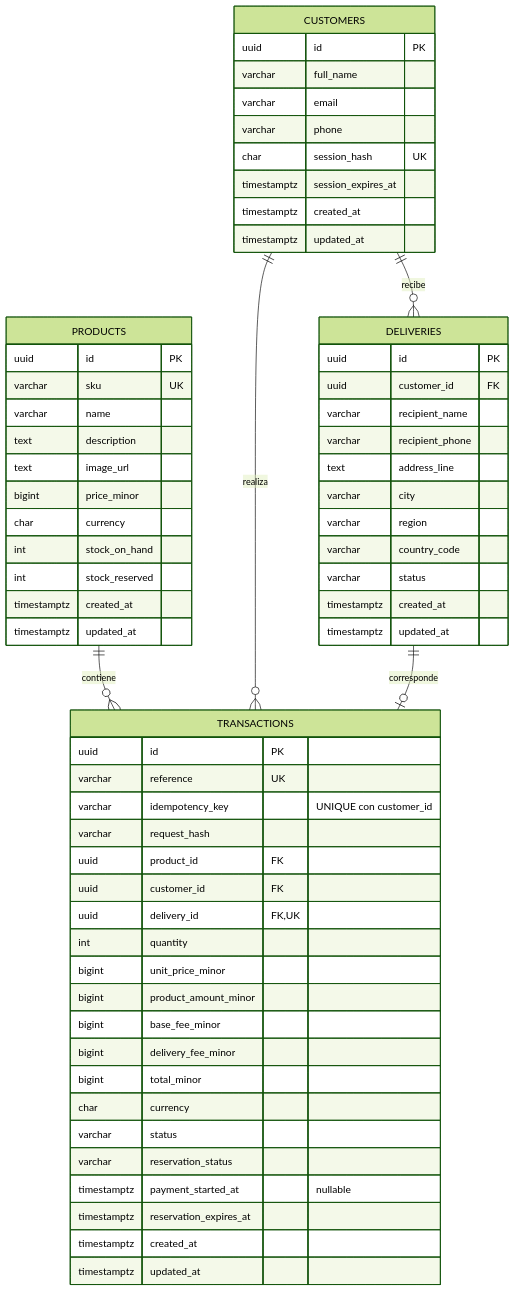
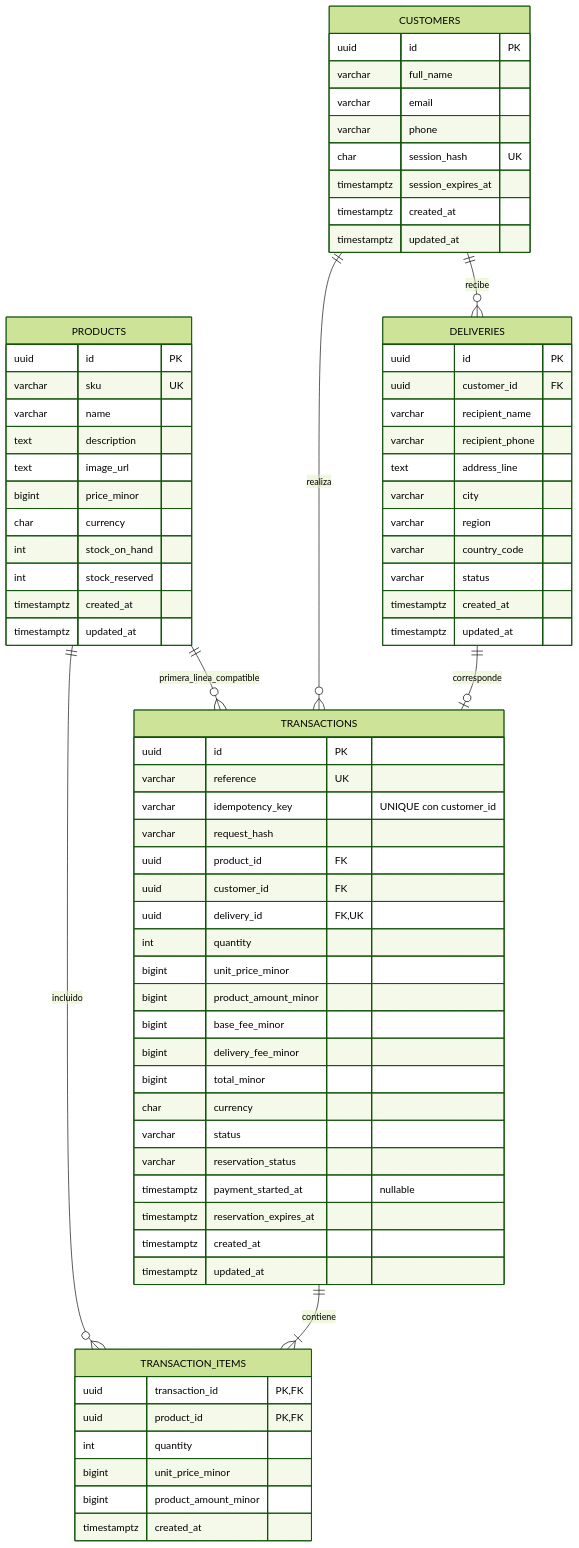
The diagram in docs/erd.mmd (blush-atelier/blush-atelier-api), drawn with Mermaid (forest theme) before and after one commit. The commit also changed 22 other files, not shown here.

```diff
--- a/docs/erd.mmd
+++ b/docs/erd.mmd
@@ -1,63 +1,73 @@
 erDiagram
-    PRODUCTS ||--o{ TRANSACTIONS : contiene
+    PRODUCTS ||--o{ TRANSACTIONS : primera_linea_compatible
+    PRODUCTS ||--o{ TRANSACTION_ITEMS : incluido
+    TRANSACTIONS ||--|{ TRANSACTION_ITEMS : contiene
     CUSTOMERS ||--o{ TRANSACTIONS : realiza
     CUSTOMERS ||--o{ DELIVERIES : recibe
     DELIVERIES ||--o| TRANSACTIONS : corresponde
     PRODUCTS {
         uuid id PK
         varchar sku UK
         varchar name
         text description
         text image_url
         bigint price_minor
         char currency
         int stock_on_hand
         int stock_reserved
         timestamptz created_at
         timestamptz updated_at
     }
     CUSTOMERS {
         uuid id PK
         varchar full_name
         varchar email
         varchar phone
         char session_hash UK
         timestamptz session_expires_at
         timestamptz created_at
         timestamptz updated_at
     }
     DELIVERIES {
         uuid id PK
         uuid customer_id FK
         varchar recipient_name
         varchar recipient_phone
         text address_line
         varchar city
         varchar region
         varchar country_code
         varchar status
         timestamptz created_at
         timestamptz updated_at
     }
     TRANSACTIONS {
         uuid id PK
         varchar reference UK
         varchar idempotency_key "UNIQUE con customer_id"
         varchar request_hash
         uuid product_id FK
         uuid customer_id FK
         uuid delivery_id FK,UK
         int quantity
         bigint unit_price_minor
         bigint product_amount_minor
         bigint base_fee_minor
         bigint delivery_fee_minor
         bigint total_minor
         char currency
         varchar status
         varchar reservation_status
         timestamptz payment_started_at "nullable"
         timestamptz reservation_expires_at
         timestamptz created_at
         timestamptz updated_at
     }
+    TRANSACTION_ITEMS {
+        uuid transaction_id PK,FK
+        uuid product_id PK,FK
+        int quantity
+        bigint unit_price_minor
+        bigint product_amount_minor
+        timestamptz created_at
+    }
```
